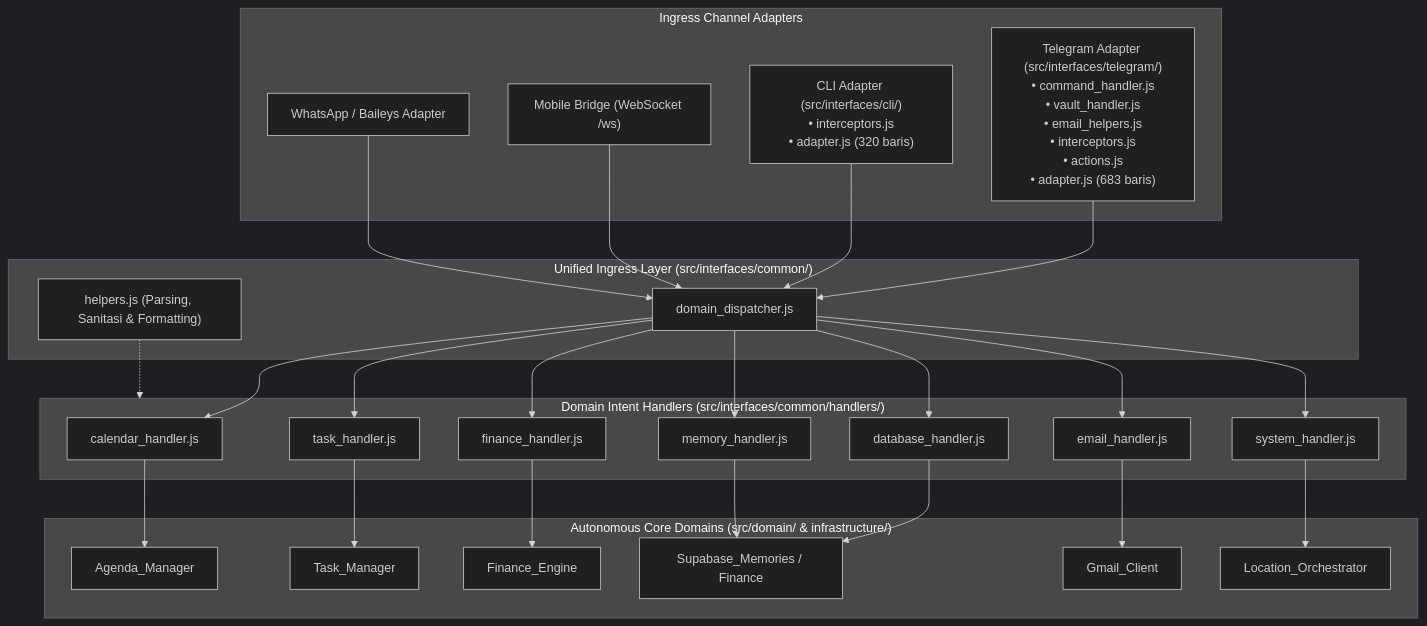
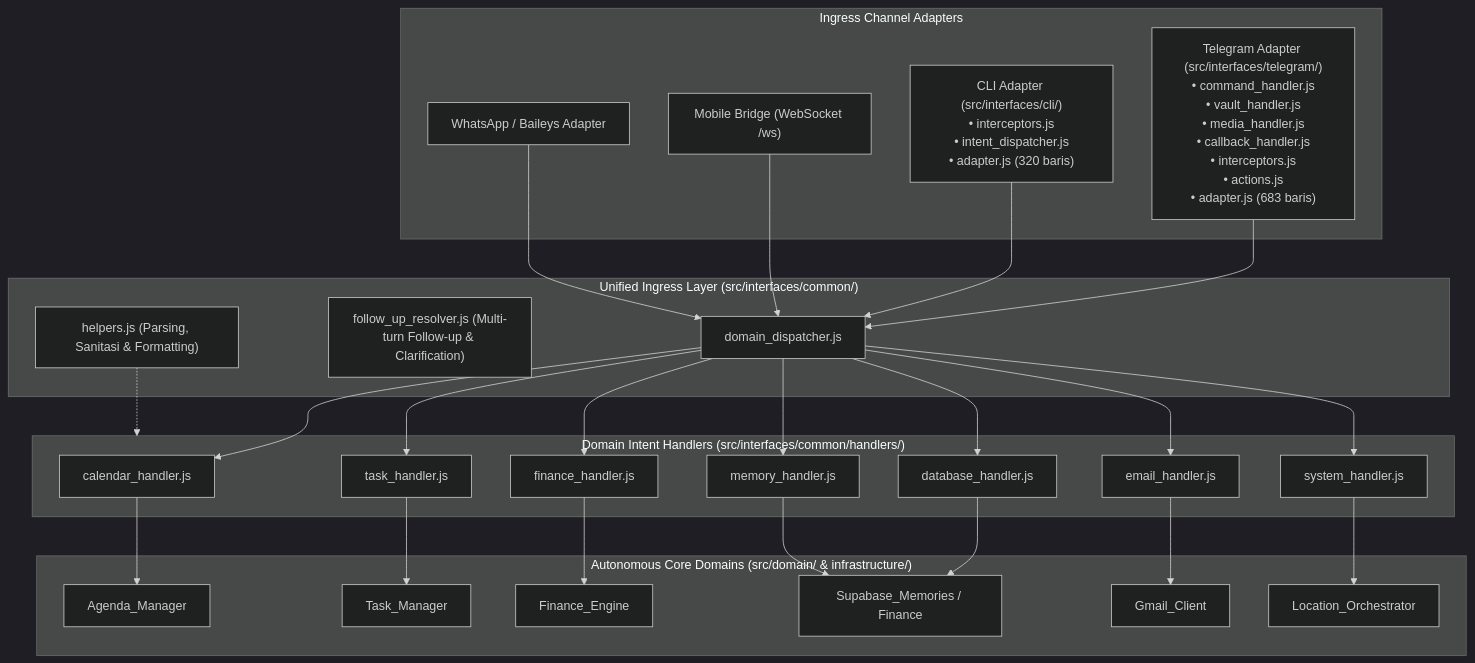
Before and after one commit to Knightrelaxed/nexa-server: the fourth of 4 diagrams in docs/NEXA_Whitepaper.md, drawn with Mermaid (dark theme). The commit also changed 2 other files, not shown here.

Commit message:
docs: finalize ecosystem folder architecture and documentation alignment with disk

````diff
--- a/docs/NEXA_Whitepaper.md
+++ b/docs/NEXA_Whitepaper.md
@@ -2711,49 +2711,50 @@
 ```mermaid
 flowchart TD
     subgraph Channels["Ingress Channel Adapters"]
-        TG["Telegram Adapter (src/interfaces/telegram/)<br>• command_handler.js<br>• vault_handler.js<br>• email_helpers.js<br>• interceptors.js<br>• actions.js<br>• adapter.js (683 baris)"]
-        CLI["CLI Adapter (src/interfaces/cli/)<br>• interceptors.js<br>• adapter.js (320 baris)"]
+        TG["Telegram Adapter (src/interfaces/telegram/)<br>• command_handler.js<br>• vault_handler.js<br>• media_handler.js<br>• callback_handler.js<br>• interceptors.js<br>• actions.js<br>• adapter.js (683 baris)"]
+        CLI["CLI Adapter (src/interfaces/cli/)<br>• interceptors.js<br>• intent_dispatcher.js<br>• adapter.js (320 baris)"]
         MB["Mobile Bridge (WebSocket /ws)"]
         WS["WhatsApp / Baileys Adapter"]
     end
 
     subgraph Dispatcher["Unified Ingress Layer (src/interfaces/common/)"]
         DD["domain_dispatcher.js"]
+        FR["follow_up_resolver.js (Multi-turn Follow-up & Clarification)"]
         HELP["helpers.js (Parsing, Sanitasi & Formatting)"]
     end
 
     subgraph Handlers["Domain Intent Handlers (src/interfaces/common/handlers/)"]
         H1["calendar_handler.js"]
         H2["database_handler.js"]
         H3["email_handler.js"]
         H4["finance_handler.js"]
         H5["memory_handler.js"]
         H6["system_handler.js"]
         H7["task_handler.js"]
     end
 
     subgraph Domains["Autonomous Core Domains (src/domain/ & infrastructure/)"]
         Agenda["Agenda_Manager"]
         Tasks["Task_Manager"]
         Finance["Finance_Engine"]
         Supabase["Supabase_Memories / Finance"]
         Gmail["Gmail_Client"]
         Location["Location_Orchestrator"]
     end
 
     TG --> DD
     CLI --> DD
     MB --> DD
     WS --> DD
 
     DD --> H1 & H2 & H3 & H4 & H5 & H6 & H7
     HELP -.-> Handlers
 
     H1 --> Agenda
     H2 --> Supabase
     H3 --> Gmail
     H4 --> Finance
     H5 --> Supabase
     H6 --> Location
     H7 --> Tasks
 ```
````
